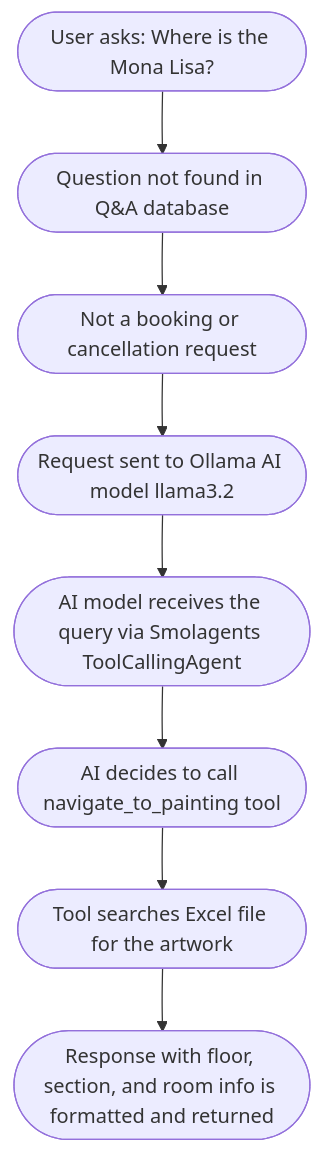
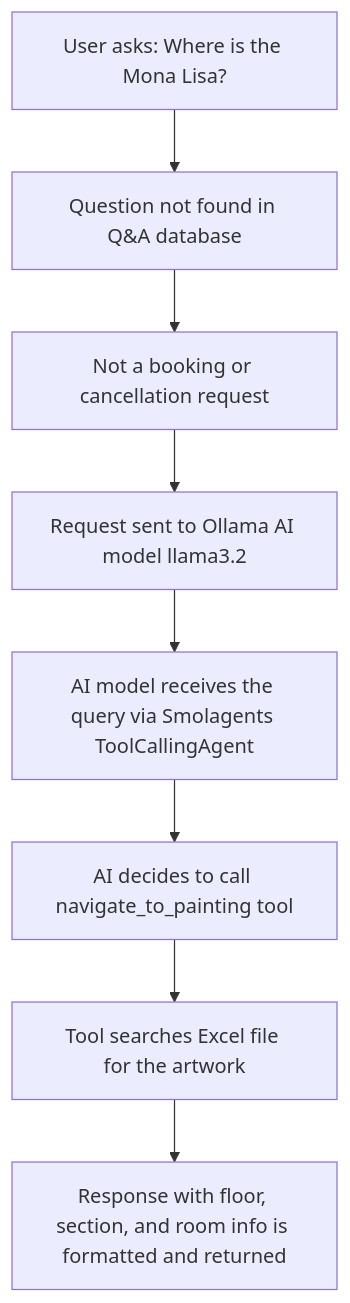
The eighth of 15 diagrams in STEP_BY_STEP_GUIDE.md (chaitanyasaiyerra/Musuem-chatbot), drawn with Mermaid before and after one commit. The commit also changed other lines of this file and 1 other file, not shown here.

Commit message:
docs: wrap mermaid nodes in standard boxes with quotes to prevent text wrapping

````diff
--- a/STEP_BY_STEP_GUIDE.md
+++ b/STEP_BY_STEP_GUIDE.md
@@ -128,10 +128,10 @@
 ```mermaid
 graph TD
-    A([User asks: Where is the Mona Lisa?]) --> B([Question not found in Q&A database])
-    B --> C([Not a booking or cancellation request])
-    C --> D([Request sent to Ollama AI model llama3.2])
-    D --> E([AI model receives the query via Smolagents ToolCallingAgent])
-    E --> F([AI decides to call navigate_to_painting tool])
-    F --> G([Tool searches Excel file for the artwork])
-    G --> H([Response with floor, section, and room info is formatted and returned])
+    A["User asks: Where is the Mona Lisa?"] --> B["Question not found in Q&A database"]
+    B --> C["Not a booking or cancellation request"]
+    C --> D["Request sent to Ollama AI model llama3.2"]
+    D --> E["AI model receives the query via Smolagents ToolCallingAgent"]
+    E --> F["AI decides to call navigate_to_painting tool"]
+    F --> G["Tool searches Excel file for the artwork"]
+    G --> H["Response with floor, section, and room info is formatted and returned"]
 ```
````
